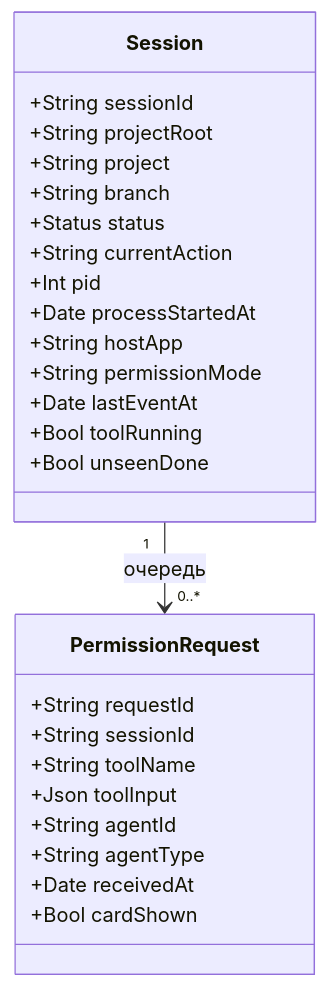
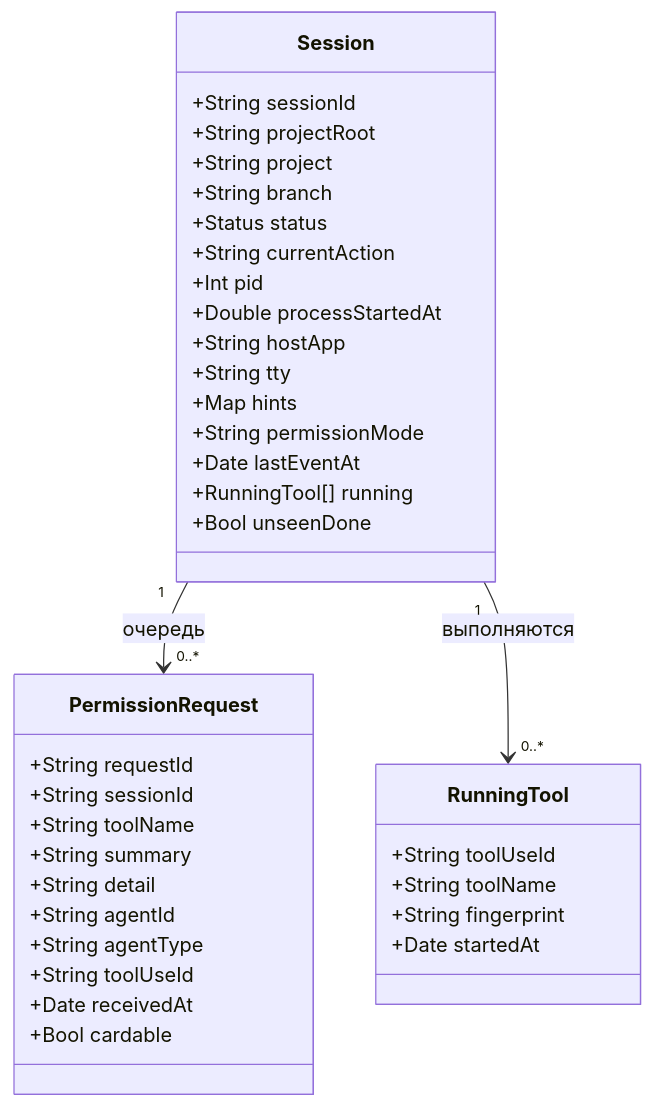
One commit to yerbo-t/topbar changed the second of 2 diagrams in docs/specs/2026-11-03-topbar-mvp.md. Above: the diagram before and after it, drawn with Mermaid. The commit also changed other lines of this file and 1 other file, not shown here.

````diff
--- a/docs/specs/2026-11-03-topbar-mvp.md
+++ b/docs/specs/2026-11-03-topbar-mvp.md
@@ -227,29 +254,40 @@
 ```mermaid
 classDiagram
     class Session {
         +String sessionId
         +String projectRoot
         +String project
         +String branch
         +Status status
         +String currentAction
         +Int pid
-        +Date processStartedAt
+        +Double processStartedAt
         +String hostApp
+        +String tty
+        +Map hints
         +String permissionMode
         +Date lastEventAt
-        +Bool toolRunning
+        +RunningTool[] running
         +Bool unseenDone
+    }
+    class RunningTool {
+        +String toolUseId
+        +String toolName
+        +String fingerprint
+        +Date startedAt
     }
     class PermissionRequest {
         +String requestId
         +String sessionId
         +String toolName
-        +Json toolInput
+        +String summary
+        +String detail
         +String agentId
         +String agentType
+        +String toolUseId
         +Date receivedAt
-        +Bool cardShown
+        +Bool cardable
     }
     Session "1" --> "0..*" PermissionRequest : очередь
+    Session "1" --> "0..*" RunningTool : выполняются
 ```
````
